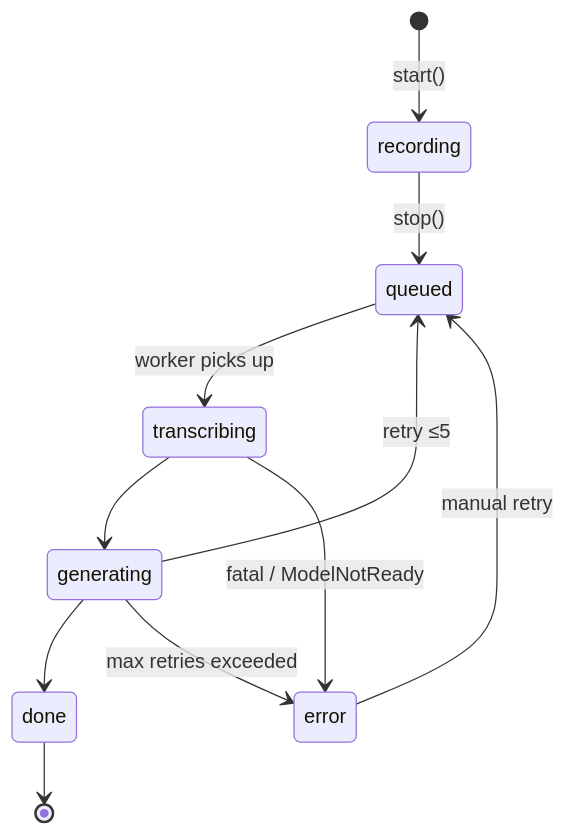
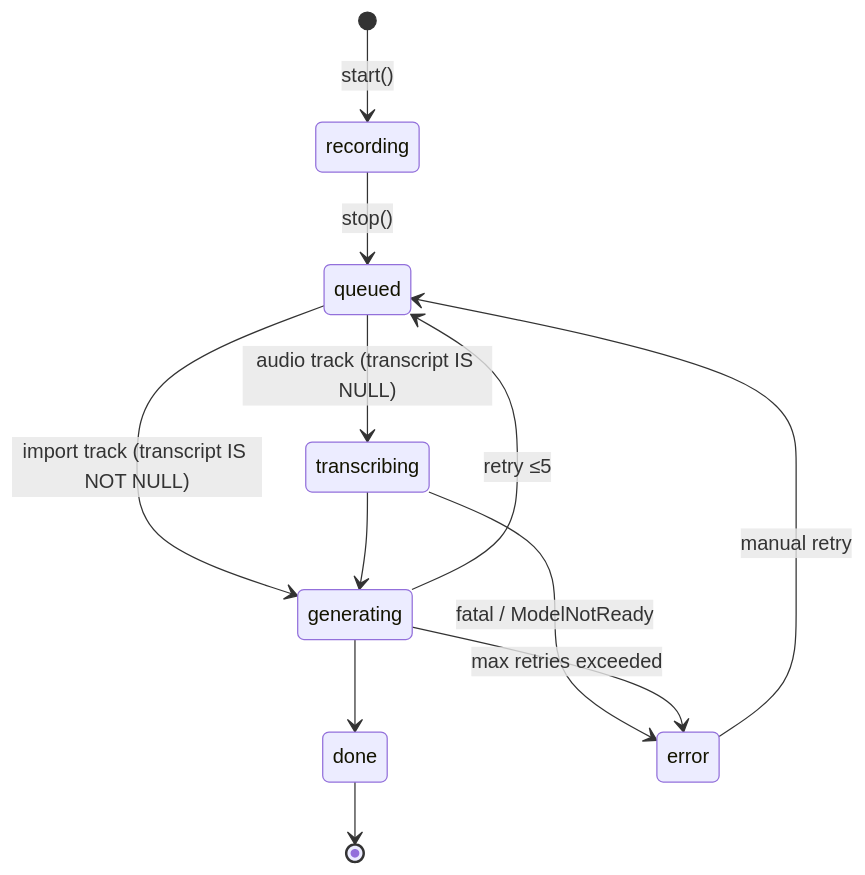
One commit to kjarkovska/fusemark changed the second of 4 diagrams in docs/ARCHITECTURE.md. Above: the diagram before and after it, drawn with Mermaid. The commit also changed other lines of this file and 18 other files, not shown here.

````diff
--- a/docs/ARCHITECTURE.md
+++ b/docs/ARCHITECTURE.md
@@ -66,13 +67,14 @@
 ```mermaid
 stateDiagram-v2
     [*] --> recording : start()
     recording --> queued : stop()
-    queued --> transcribing : worker picks up
+    queued --> transcribing : audio track (transcript IS NULL)
+    queued --> generating : import track (transcript IS NOT NULL)
     transcribing --> generating
     generating --> done
     generating --> queued : retry ≤5
     transcribing --> error : fatal / ModelNotReady
     generating --> error : max retries exceeded
     error --> queued : manual retry
     done --> [*]
 ```
````
